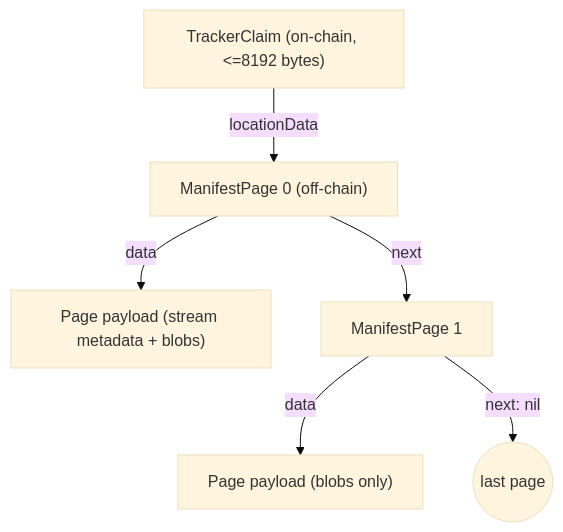
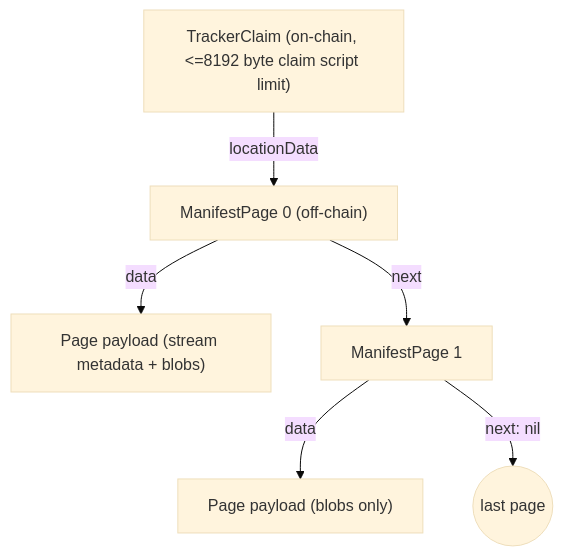
One commit to LumeWeb/tracker-protocol changed the first of 2 diagrams in docs/data-structures.md. Above: the diagram before and after it, drawn with Mermaid (base theme). The commit also changed other lines of this file and 13 other files, not shown here.

````diff
--- a/docs/data-structures.md
+++ b/docs/data-structures.md
@@ -15,9 +15,9 @@
 ```mermaid
 graph TD
-    TC["TrackerClaim (on-chain, <=8192 bytes)"]
+    TC["TrackerClaim (on-chain, <=8192 byte claim script limit)"]
     TC -->|"locationData"| P0["ManifestPage 0 (off-chain)"]
     P0 -->|"data"| M0["Page payload (stream metadata + blobs)"]
     P0 -->|"next"| P1["ManifestPage 1"]
     P1 -->|"data"| M1["Page payload (blobs only)"]
     P1 -->|"next: nil"| END((last page))
 ```
````
